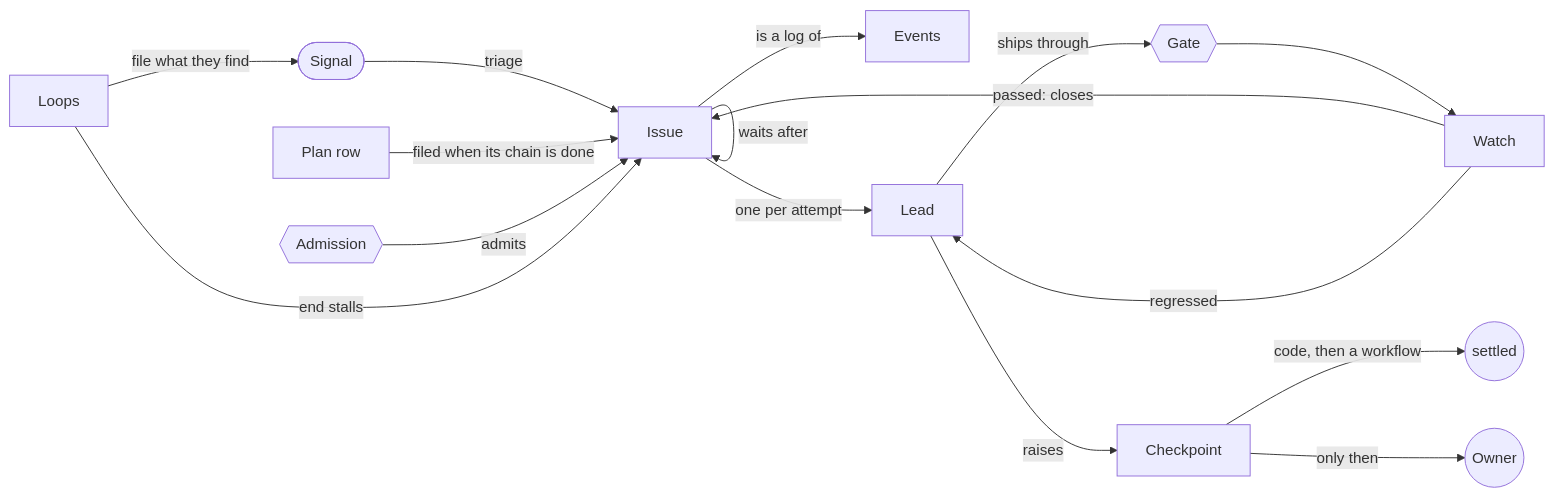
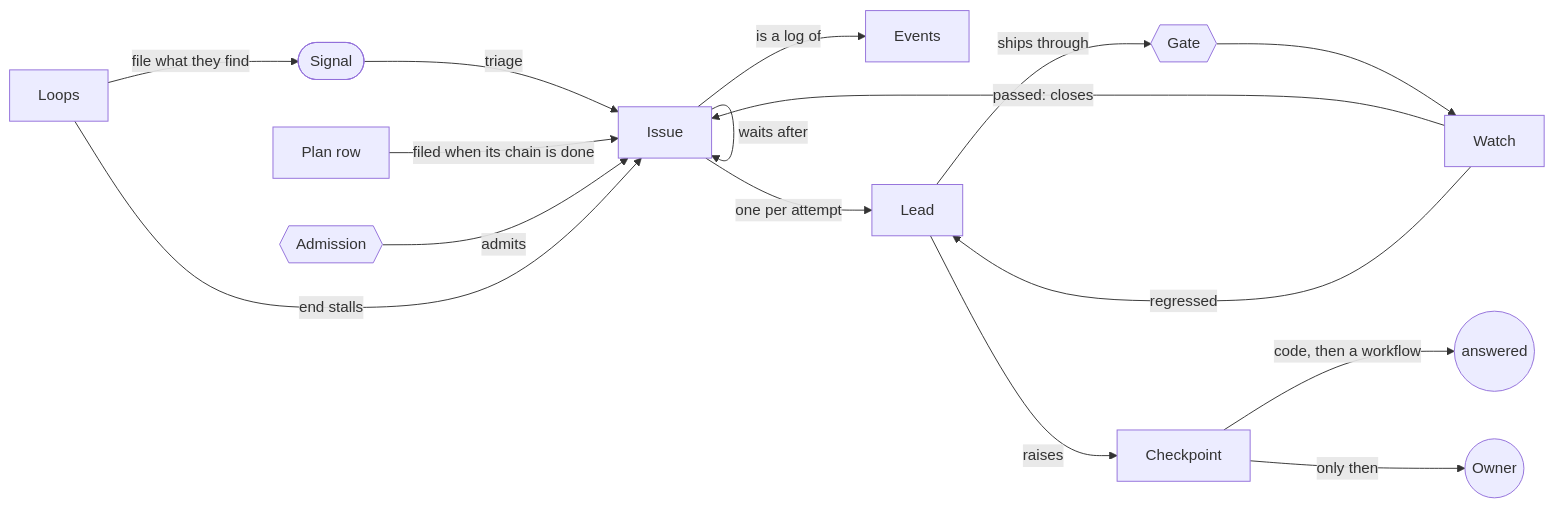
Before and after one commit to jkrumm/software-factory: the first of 2 diagrams in README.md, drawn with Mermaid. The commit also changed other lines of this file and 246 other files, not shown here.

````diff
--- a/README.md
+++ b/README.md
@@ -124,18 +124,18 @@
 ```mermaid
 flowchart LR
   signal([Signal]) -->|triage| issue[Issue]
   plan[Plan row] -->|filed when its chain is done| issue
   issue -->|is a log of| event[Events]
   issue -->|waits after| issue
   capacity{{Admission}} -->|admits| issue
   issue -->|one per attempt| lead[Lead]
   lead -->|ships through| gate{{Gate}}
   gate --> watch[Watch]
   watch -->|passed: closes| issue
   watch -->|regressed| lead
   lead -->|raises| checkpoint[Checkpoint]
-  checkpoint -->|code, then a workflow| settled((settled))
+  checkpoint -->|code, then a workflow| answered((answered))
   checkpoint -->|only then| owner((Owner))
   loops[Loops] -->|file what they find| signal
   loops -->|end stalls| issue
 ```
````
